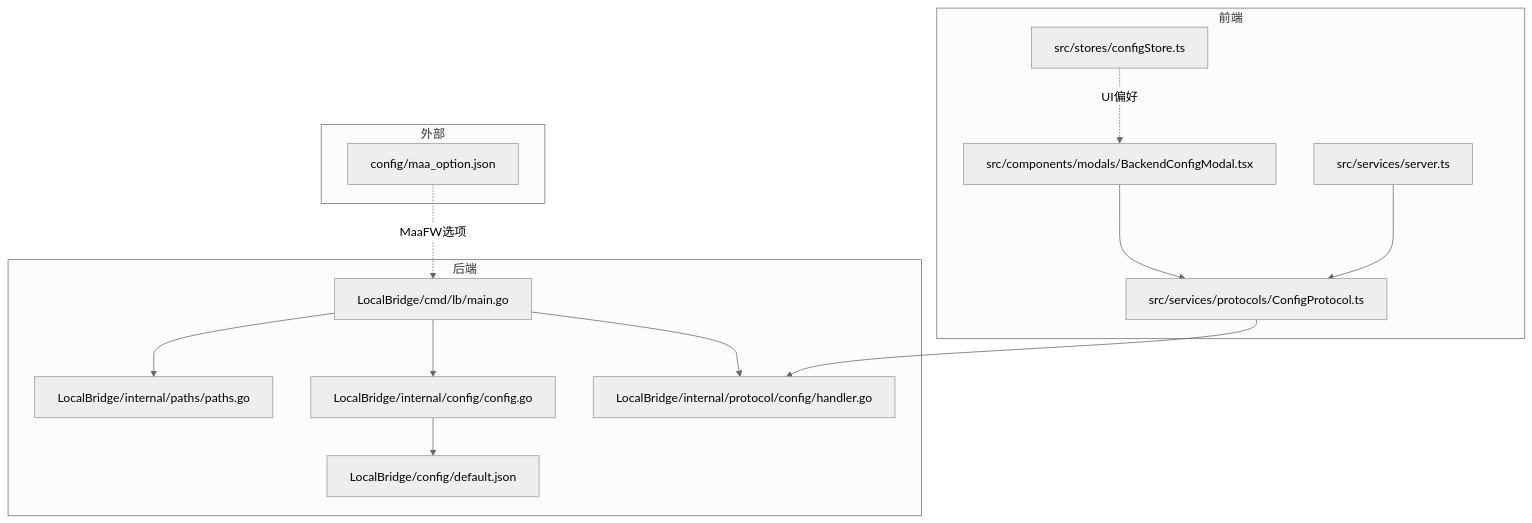
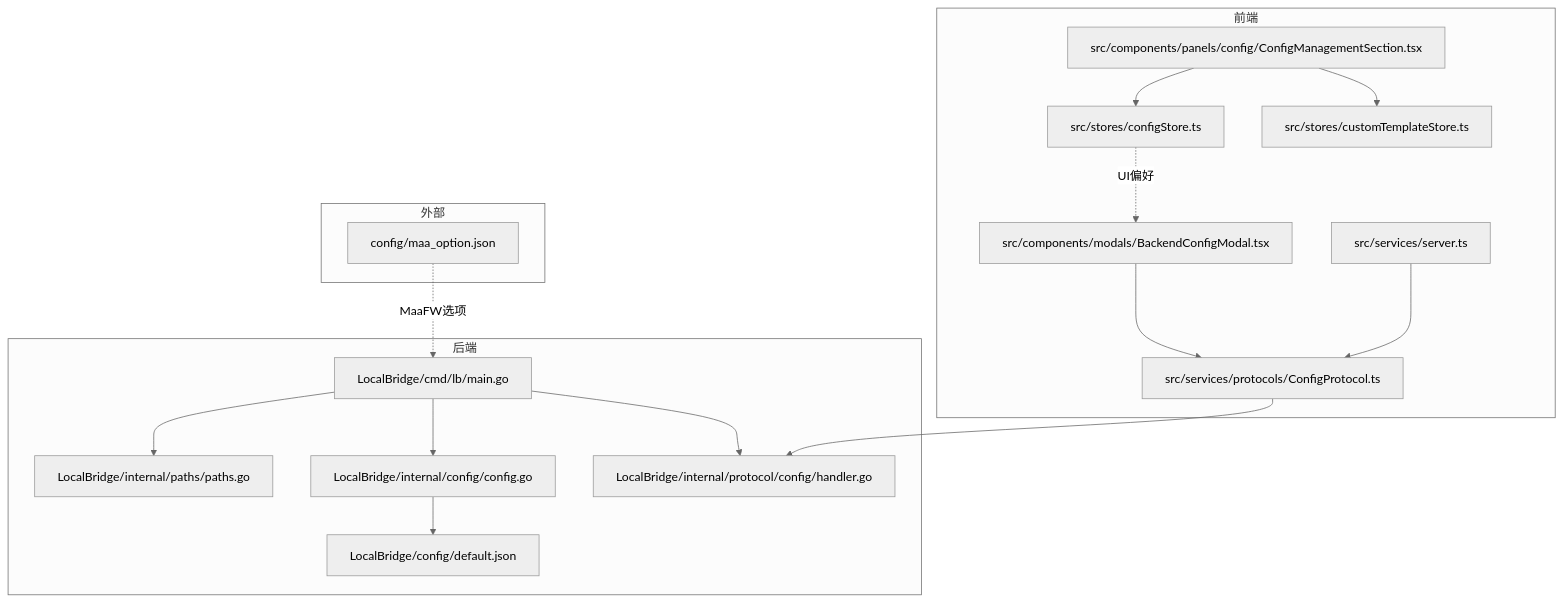
The first of 8 diagrams in .qoder/repowiki/zh/content/核心概念/配置持久化.md (kqcoxn/MaaPipelineEditor), drawn with Mermaid (neutral theme) before and after one commit. The commit also changed other lines of this file and 10 other files, not shown here.

````diff
--- a/.qoder/repowiki/zh/content/核心概念/配置持久化.md
+++ b/.qoder/repowiki/zh/content/核心概念/配置持久化.md
@@ -51,28 +69,32 @@
 ```mermaid
 graph TB
 subgraph "后端"
 LBMain["LocalBridge/cmd/lb/main.go"]
 Paths["LocalBridge/internal/paths/paths.go"]
 CfgGo["LocalBridge/internal/config/config.go"]
 CfgProto["LocalBridge/internal/protocol/config/handler.go"]
 DefCfg["LocalBridge/config/default.json"]
 end
 subgraph "前端"
 WS["src/services/server.ts"]
 CfgProtoTS["src/services/protocols/ConfigProtocol.ts"]
 Modal["src/components/modals/BackendConfigModal.tsx"]
 UIStore["src/stores/configStore.ts"]
+ConfigMgmt["src/components/panels/config/ConfigManagementSection.tsx"]
+TemplateStore["src/stores/customTemplateStore.ts"]
 end
 subgraph "外部"
 MaaOpt["config/maa_option.json"]
 end
 LBMain --> Paths
 LBMain --> CfgGo
 LBMain --> CfgProto
 CfgGo --> DefCfg
 Modal --> CfgProtoTS
 WS --> CfgProtoTS
 CfgProtoTS --> CfgProto
 UIStore -. UI偏好 .-> Modal
+ConfigMgmt --> TemplateStore
+ConfigMgmt --> UIStore
 MaaOpt -. MaaFW选项 .-> LBMain
 ```
````
